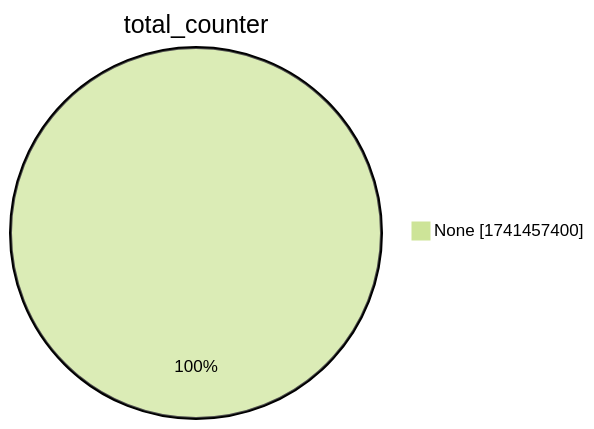
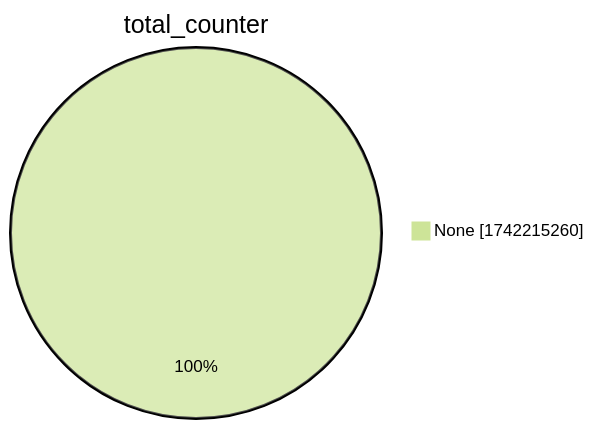
One commit to christiankrug/ctmonitor_visualization changed the second of 15 diagrams in xenon2022/README.md. Above: the diagram before and after it, drawn with Mermaid (forest theme). The commit also changed other lines of this file, not shown here.

````diff
--- a/xenon2022/README.md
+++ b/xenon2022/README.md
@@ -9,5 +9,5 @@
 ```mermaid
 pie showData
 title total_counter
-"None" :1741457400
+"None" :1742215260
 ```
````
